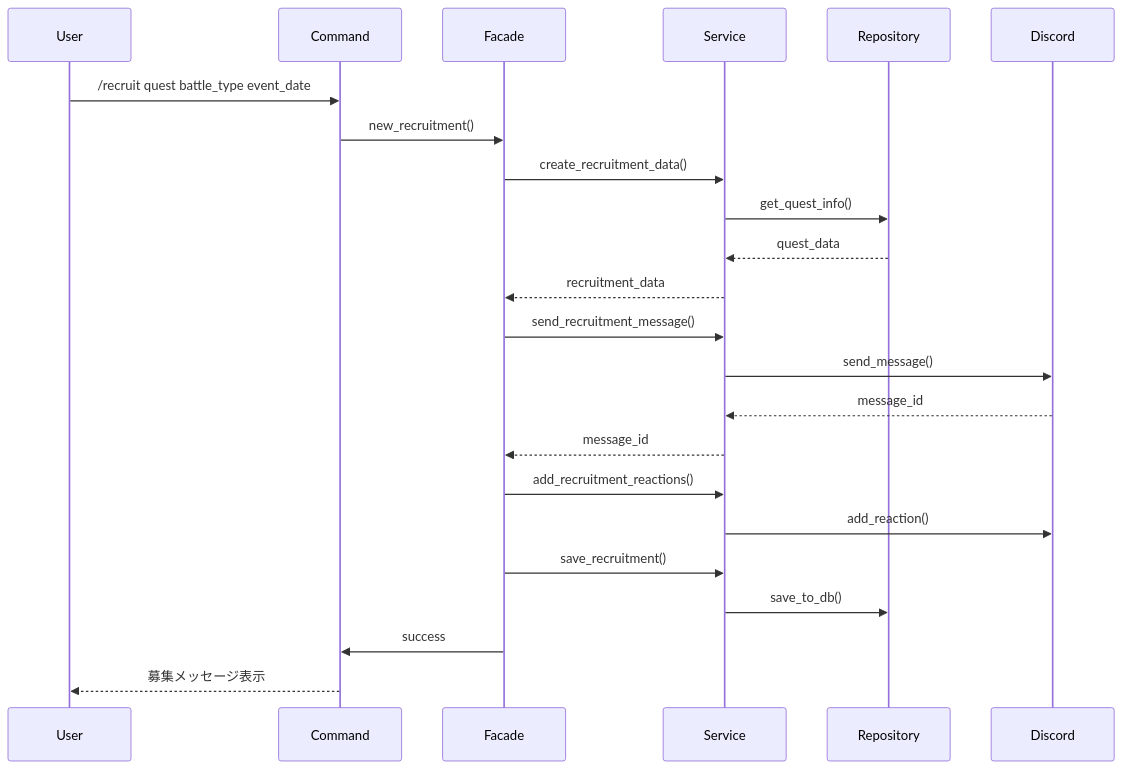
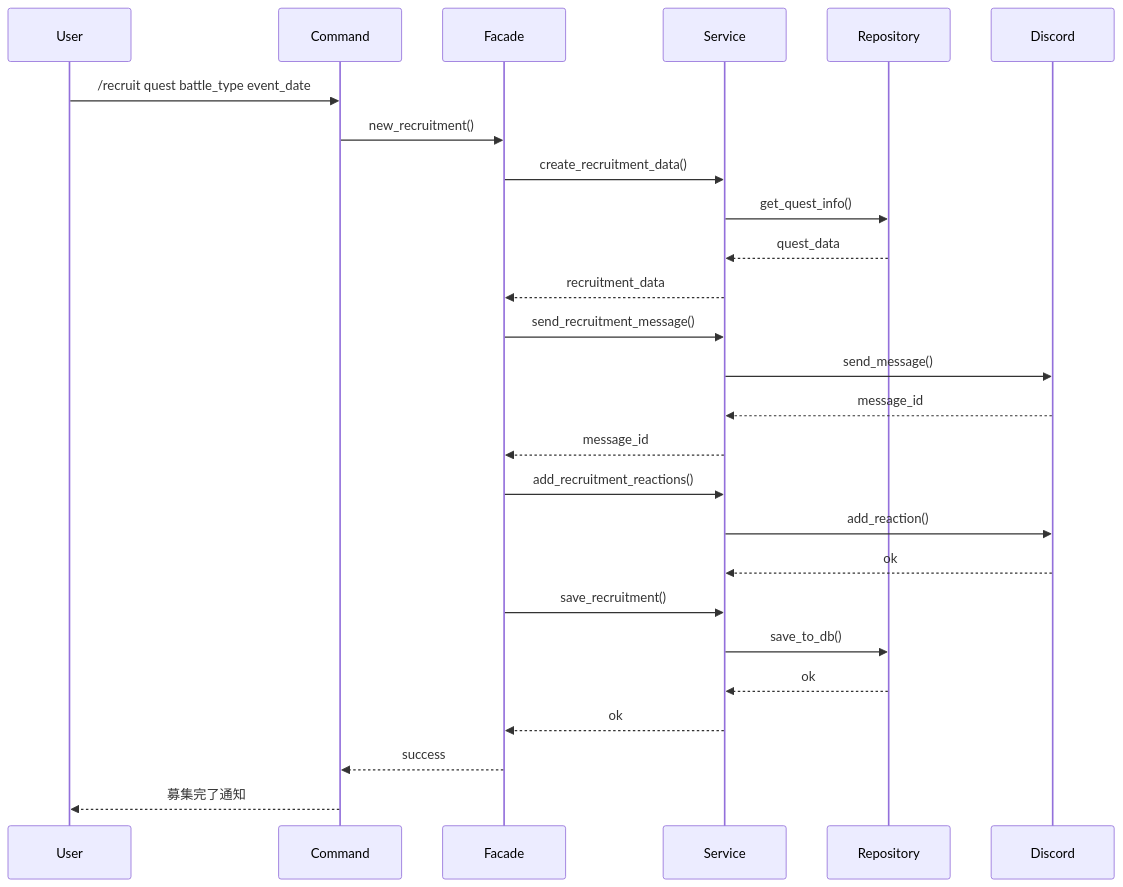
The first of 4 diagrams in docs/develop/features/quest_recruitment.md (varubogu/gbf_discord_bot_rs), drawn with Mermaid before and after one commit. The commit also changed other lines of this file, not shown here.

````diff
--- a/docs/develop/features/quest_recruitment.md
+++ b/docs/develop/features/quest_recruitment.md
@@ -138,26 +199,29 @@
 ```mermaid
 sequenceDiagram
     participant U as User
     participant C as Command
     participant F as Facade
     participant S as Service
     participant R as Repository
     participant D as Discord
 
     U->>C: /recruit quest battle_type event_date
     C->>F: new_recruitment()
     F->>S: create_recruitment_data()
     S->>R: get_quest_info()
     R-->>S: quest_data
     S-->>F: recruitment_data
     F->>S: send_recruitment_message()
     S->>D: send_message()
     D-->>S: message_id
     S-->>F: message_id
     F->>S: add_recruitment_reactions()
     S->>D: add_reaction()
+    D-->>S: ok
     F->>S: save_recruitment()
     S->>R: save_to_db()
-    F->>C: success
-    C-->>U: 募集メッセージ表示
+    R-->>S: ok
+    S-->>F: ok
+    F-->>C: success
+    C-->>U: 募集完了通知
 ```
````
